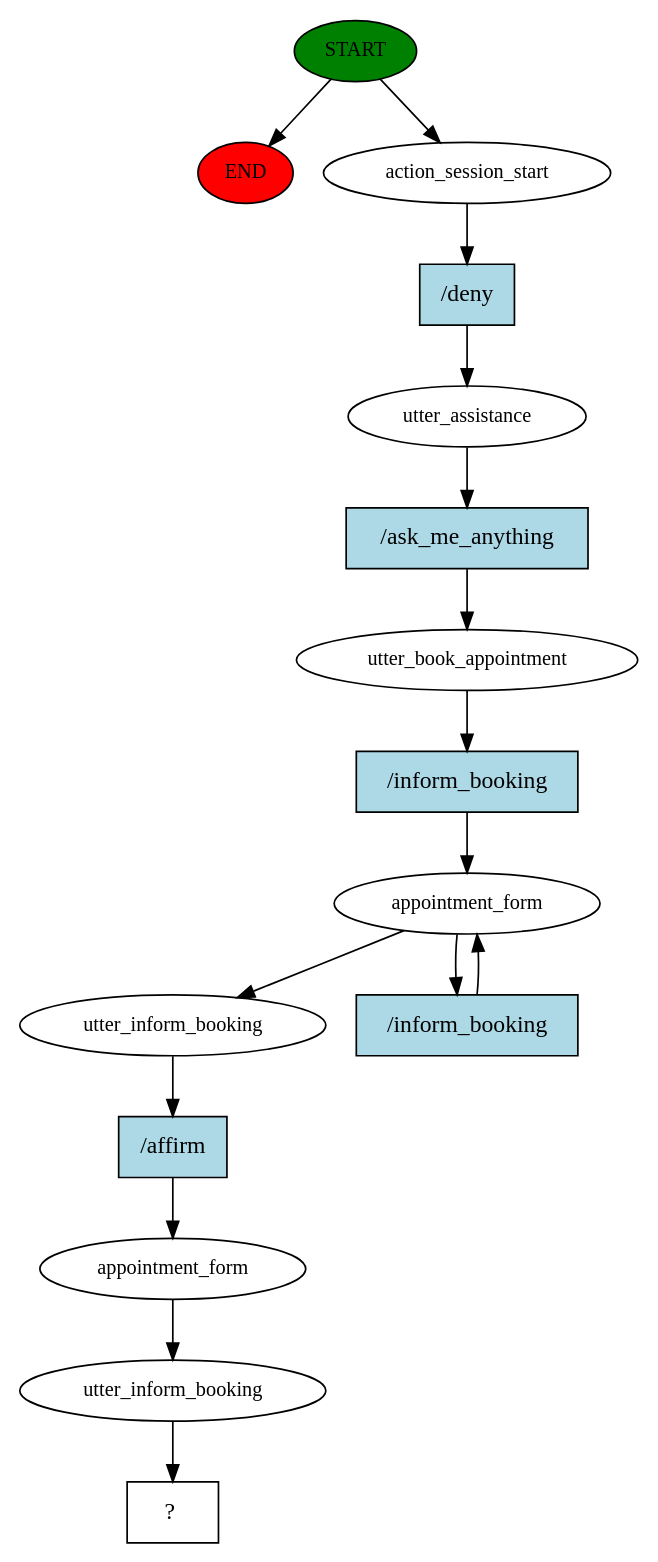
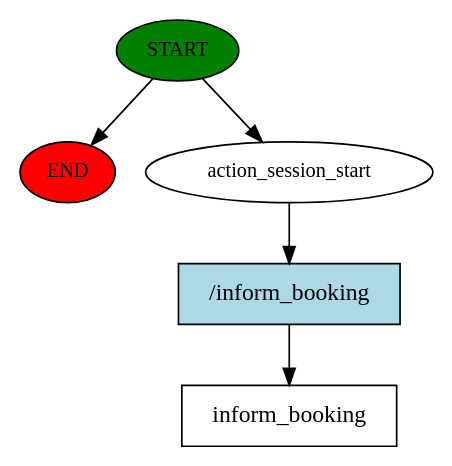
One commit to sudomaster00081/Kameda24 changed the diagram in RASA LLM/story_graph.dot. Above: the diagram before and after it, drawn with Graphviz. The commit also changed 309 other files, not shown here.

Commit message:
+ Wrking with removed intent inform

```diff
--- a/RASA LLM/story_graph.dot
+++ b/RASA LLM/story_graph.dot
@@ -1,32 +1,11 @@
 digraph  {
 0 [class="start active", fillcolor=green, fontsize=12, label=START, style=filled];
 "-1" [class=end, fillcolor=red, fontsize=12, label=END, style=filled];
 1 [class=active, fontsize=12, label=action_session_start];
-2 [class=active, fontsize=12, label=utter_assistance];
-3 [class=active, fontsize=12, label=utter_book_appointment];
-4 [class=active, fontsize=12, label=appointment_form];
-6 [class=active, fontsize=12, label=utter_inform_booking];
-7 [class=active, fontsize=12, label=appointment_form];
-8 [class=active, fontsize=12, label=utter_inform_booking];
-9 [class="intent dashed active", label="  ?  ", shape=rect];
-10 [class="intent active", fillcolor=lightblue, label="/deny", shape=rect, style=filled];
-11 [class="intent active", fillcolor=lightblue, label="/ask_me_anything", shape=rect, style=filled];
-12 [class="intent active", fillcolor=lightblue, label="/inform_booking", shape=rect, style=filled];
-13 [class="intent active", fillcolor=lightblue, label="/inform_booking", shape=rect, style=filled];
-14 [class="intent active", fillcolor=lightblue, label="/affirm", shape=rect, style=filled];
+2 [class="intent dashed active", label=inform_booking, shape=rect];
+3 [class="intent active", fillcolor=lightblue, label="/inform_booking", shape=rect, style=filled];
 0 -> "-1"  [class="", key=NONE, label=""];
 0 -> 1  [class=active, key=NONE, label=""];
-1 -> 10  [class=active, key=0];
-2 -> 11  [class=active, key=0];
-3 -> 12  [class=active, key=0];
-4 -> 6  [class=active, key=NONE, label=""];
-4 -> 13  [class=active, key=0];
-6 -> 14  [class=active, key=0];
-7 -> 8  [class=active, key=NONE, label=""];
-8 -> 9  [class=active, key=NONE, label=""];
-10 -> 2  [class=active, key=0];
-11 -> 3  [class=active, key=0];
-12 -> 4  [class=active, key=0];
-13 -> 4  [class=active, key=0];
-14 -> 7  [class=active, key=0];
+1 -> 3  [class=active, key=0];
+3 -> 2  [class=active, key=0];
 }
```
